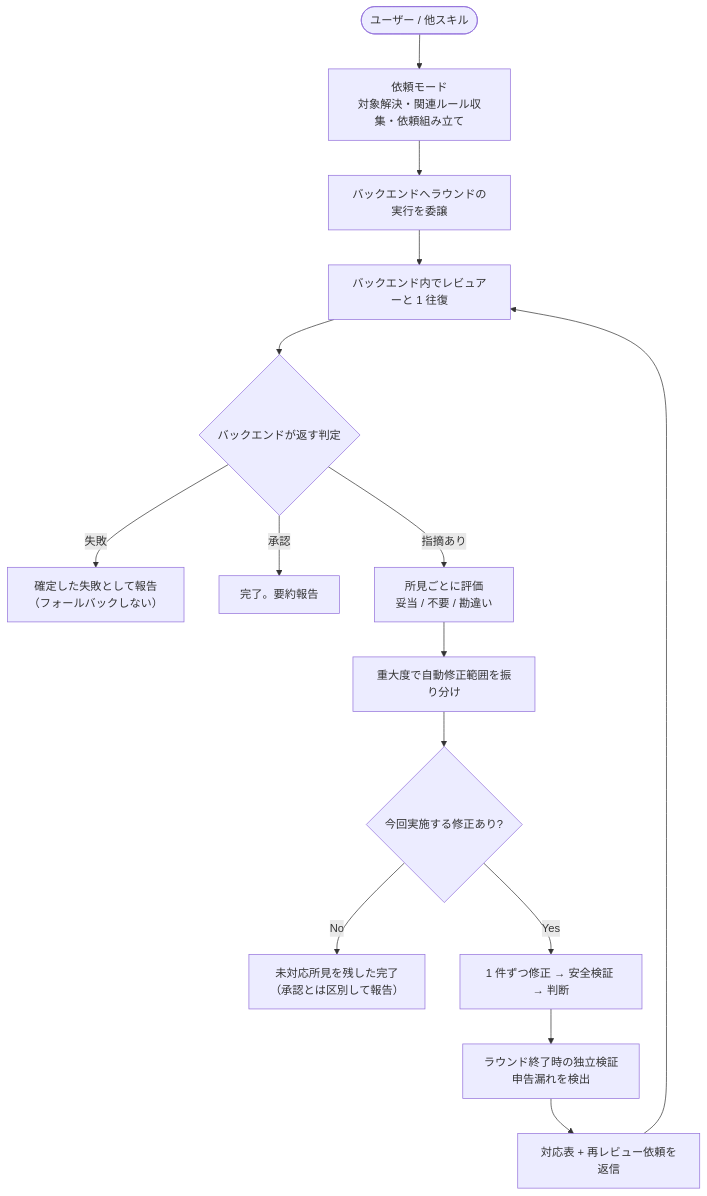
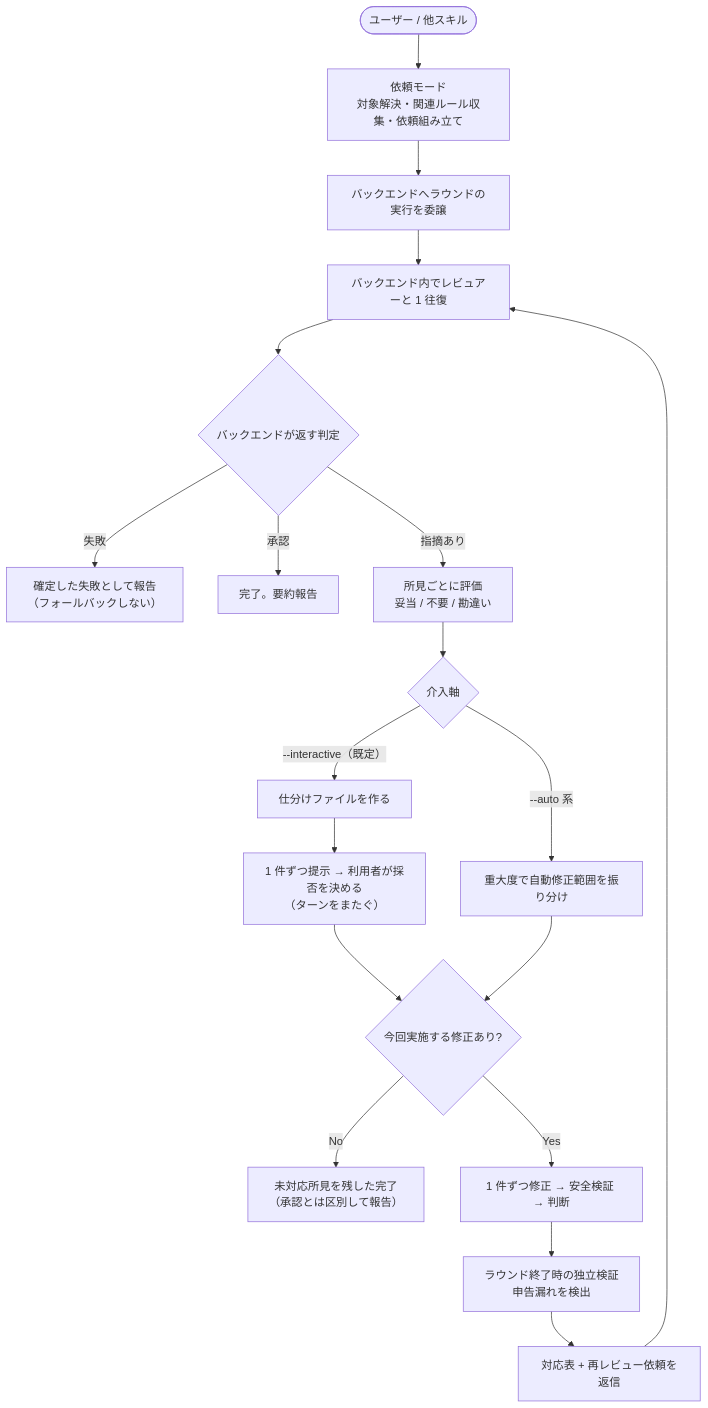
One commit to BlueEventHorizon/bw-cc-plugins changed the diagram in docs/readme/forge/guide_review_ja.md. Above: the diagram before and after it, drawn with Mermaid. The commit also changed other lines of this file and 26 other files, not shown here.

````diff
--- a/docs/readme/forge/guide_review_ja.md
+++ b/docs/readme/forge/guide_review_ja.md
@@ -205,29 +204,37 @@
 ```mermaid
 flowchart TD
     START([ユーザー / 他スキル]) --> REQ
 
     REQ["依頼モード<br/>対象解決・関連ルール収集・依頼組み立て"] --> SEND
 
     SEND["バックエンドへラウンドの実行を委譲"] --> WAIT
 
     WAIT["バックエンド内でレビュアーと 1 往復"] --> RESULT
 
     RESULT{バックエンドが返す判定}
     RESULT -->|"失敗"| FAIL["確定した失敗として報告<br/>（フォールバックしない）"]
     RESULT -->|"承認"| DONE["完了。要約報告"]
     RESULT -->|"指摘あり"| EVAL
 
-    EVAL["所見ごとに評価<br/>妥当 / 不要 / 勘違い"] --> GATE
+    EVAL["所見ごとに評価<br/>妥当 / 不要 / 勘違い"] --> MODE
+
+    MODE{介入軸}
+    MODE -->|"--interactive（既定）"| TRIAGE
+    MODE -->|"--auto 系"| GATE
+
+    TRIAGE["仕分けファイルを作る"] --> STEP
+
+    STEP["1 件ずつ提示 → 利用者が採否を決める<br/>（ターンをまたぐ）"] --> CONFIRM
 
     GATE["重大度で自動修正範囲を振り分け"] --> CONFIRM
 
     CONFIRM{今回実施する修正あり?}
     CONFIRM -->|No| DONE2["未対応所見を残した完了<br/>（承認とは区別して報告）"]
     CONFIRM -->|Yes| FIX
 
     FIX["1 件ずつ修正 → 安全検証 → 判断"] --> VERIFY
 
     VERIFY["ラウンド終了時の独立検証<br/>申告漏れを検出"] --> REPLY
 
     REPLY["対応表 + 再レビュー依頼を返信"] --> WAIT
 ```
````
